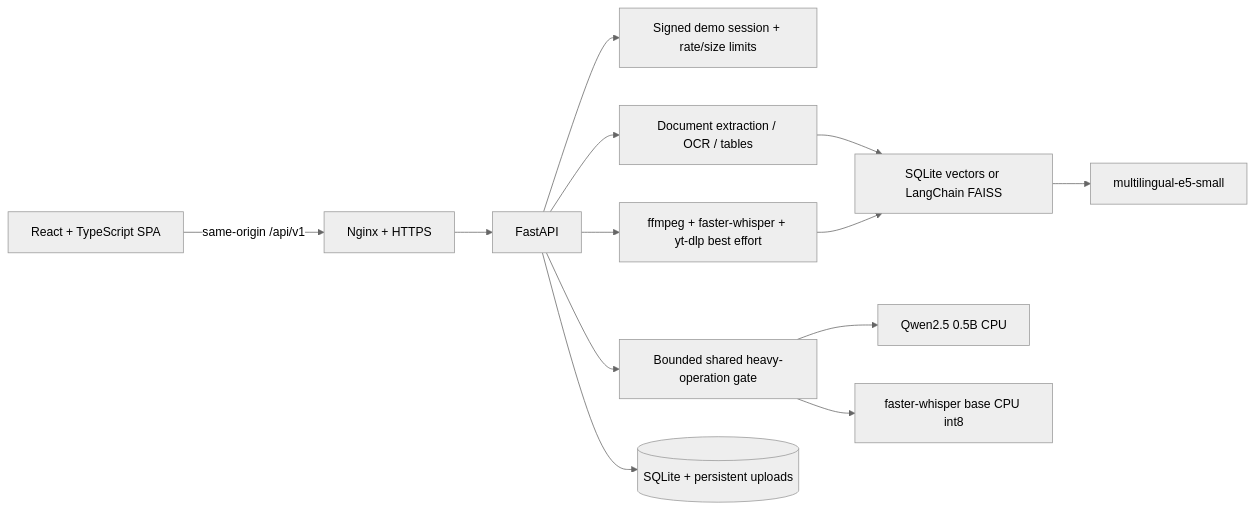
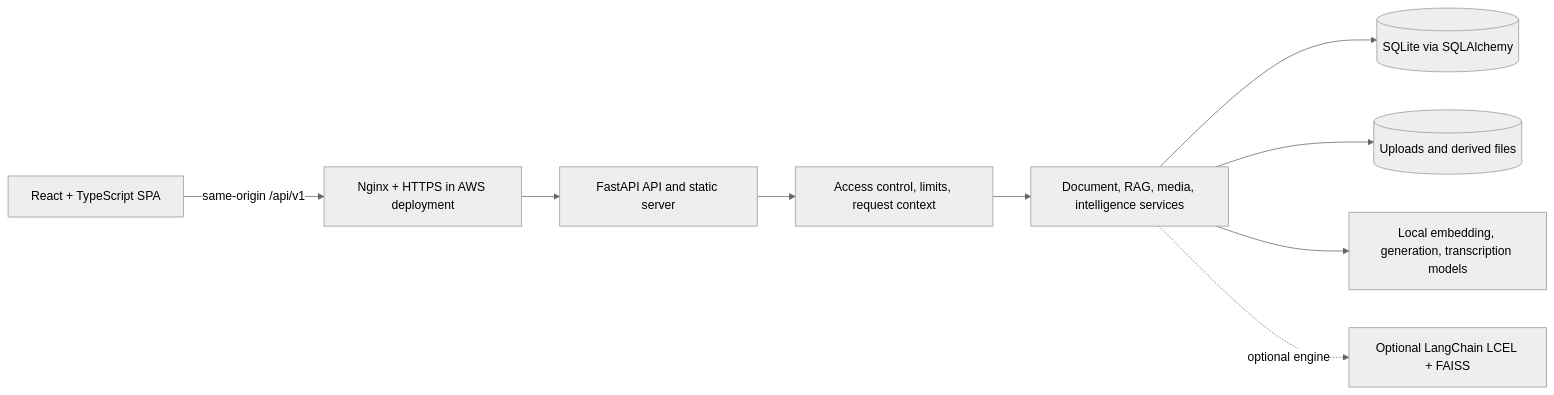
The first of 2 diagrams in README.md (fariskishtah/enterprise-rag-platform), drawn with Mermaid (neutral theme) before and after one commit. The commit also changed other lines of this file and 29 other files, not shown here.

Commit message:
fix: improve product flows and refresh project documentation

````diff
--- a/README.md
+++ b/README.md
@@ -62,15 +58,21 @@
 ```mermaid
 flowchart LR
-    Browser[React + TypeScript SPA] -->|same-origin /api/v1| Proxy[Nginx + HTTPS]
-    Proxy --> API[FastAPI]
-    API --> Auth[Signed demo session + rate/size limits]
-    API --> Docs[Document extraction / OCR / tables]
-    API --> Media[ffmpeg + faster-whisper + yt-dlp best effort]
-    Docs --> Index[SQLite vectors or LangChain FAISS]
-    Media --> Index
-    API --> Gate[Bounded shared heavy-operation gate]
-    Gate --> Qwen[Qwen2.5 0.5B CPU]
-    Gate --> Whisper[faster-whisper base CPU int8]
-    Index --> E5[multilingual-e5-small]
-    API --> Data[(SQLite + persistent uploads)]
+    Browser[React + TypeScript SPA]
+    Proxy[Nginx + HTTPS in AWS deployment]
+    API[FastAPI API and static server]
+    Auth[Access control, limits, request context]
+    Services[Document, RAG, media, intelligence services]
+    DB[(SQLite via SQLAlchemy)]
+    Files[(Uploads and derived files)]
+    Models[Local embedding, generation, transcription models]
+    LC[Optional LangChain LCEL + FAISS]
+
+    Browser -->|same-origin /api/v1| Proxy
+    Proxy --> API
+    API --> Auth
+    Auth --> Services
+    Services --> DB
+    Services --> Files
+    Services --> Models
+    Services -. optional engine .-> LC
 ```
````
